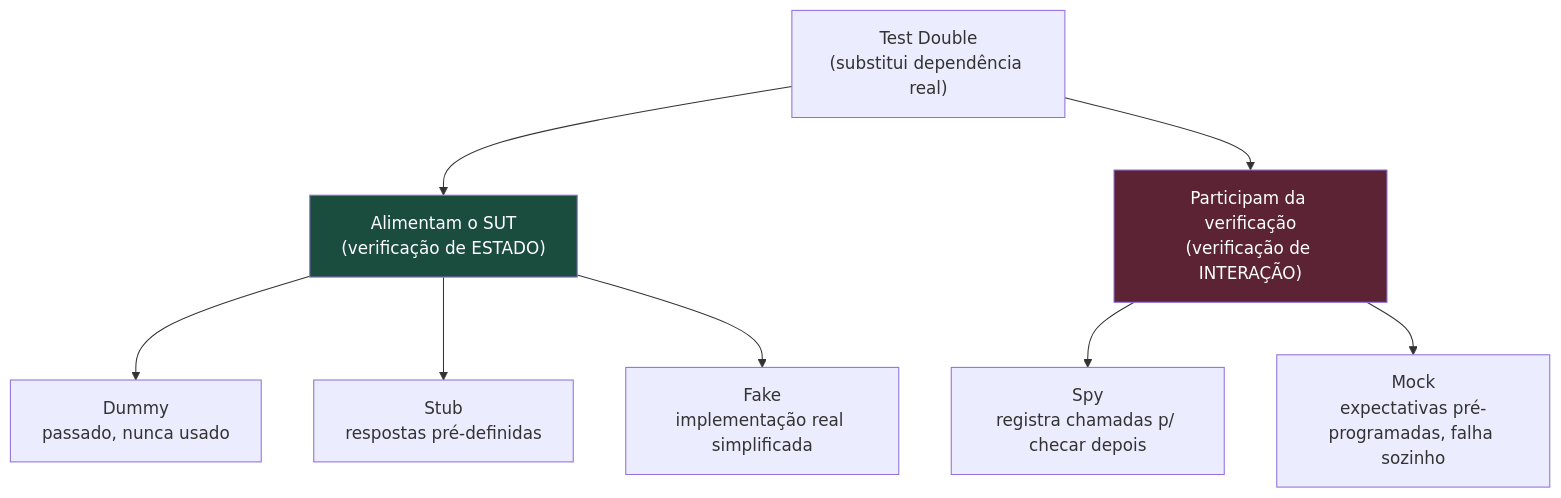
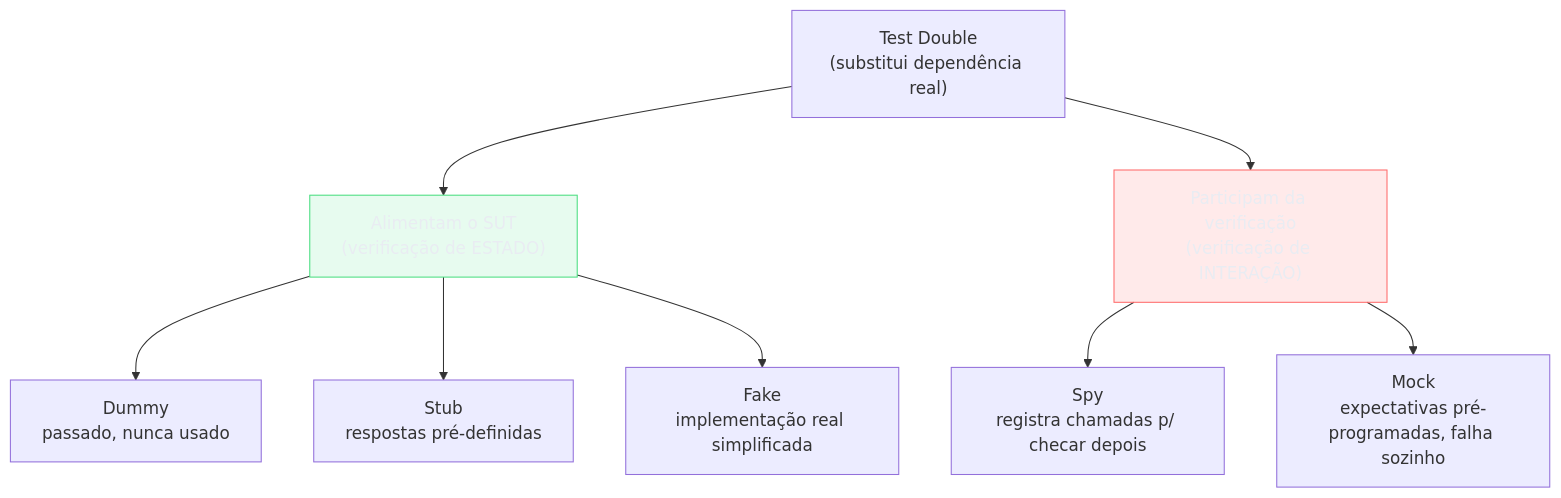
The first of 4 diagrams in 03-Dominios/Engenharia/Testes/05 - Test doubles - dummy, stub, spy, mock, fake.md (josenaldo/codex-technomanticus), drawn with Mermaid before and after one commit. The commit also changed other lines of this file and 1181 other files, not shown here.

First line of the commit message:
fix(diagramas): paleta do sistema no lugar de cor cravada no markdown

````diff
--- a/03-Dominios/Engenharia/Testes/05 - Test doubles - dummy, stub, spy, mock, fake.md
+++ b/03-Dominios/Engenharia/Testes/05 - Test doubles - dummy, stub, spy, mock, fake.md
@@ -43,16 +43,18 @@
 ```mermaid
 flowchart TD
+    classDef ok fill:#4ADE8021,stroke:#4ADE80,color:#E9ECF2
+    classDef falha fill:#FF6B6B24,stroke:#FF6B6B,color:#E9ECF2
     TD["Test Double<br/>(substitui dependência real)"]
     TD --> ALIM["Alimentam o SUT<br/>(verificação de ESTADO)"]
     TD --> VER["Participam da verificação<br/>(verificação de INTERAÇÃO)"]
 
     ALIM --> DUMMY["Dummy<br/>passado, nunca usado"]
     ALIM --> STUB["Stub<br/>respostas pré-definidas"]
     ALIM --> FAKE["Fake<br/>implementação real simplificada"]
 
     VER --> SPY["Spy<br/>registra chamadas p/ checar depois"]
     VER --> MOCK["Mock<br/>expectativas pré-programadas, falha sozinho"]
 
-    style ALIM fill:#1b4d3e,color:#fff
-    style VER fill:#5b2333,color:#fff
+    class ALIM ok
+    class VER falha
 ```
````
